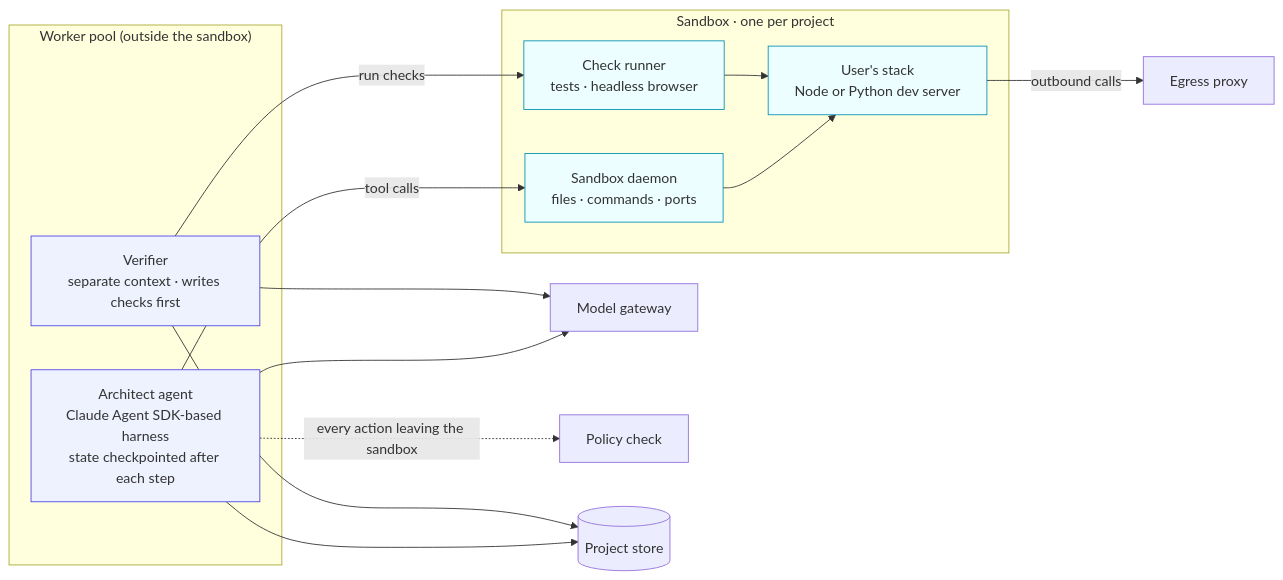
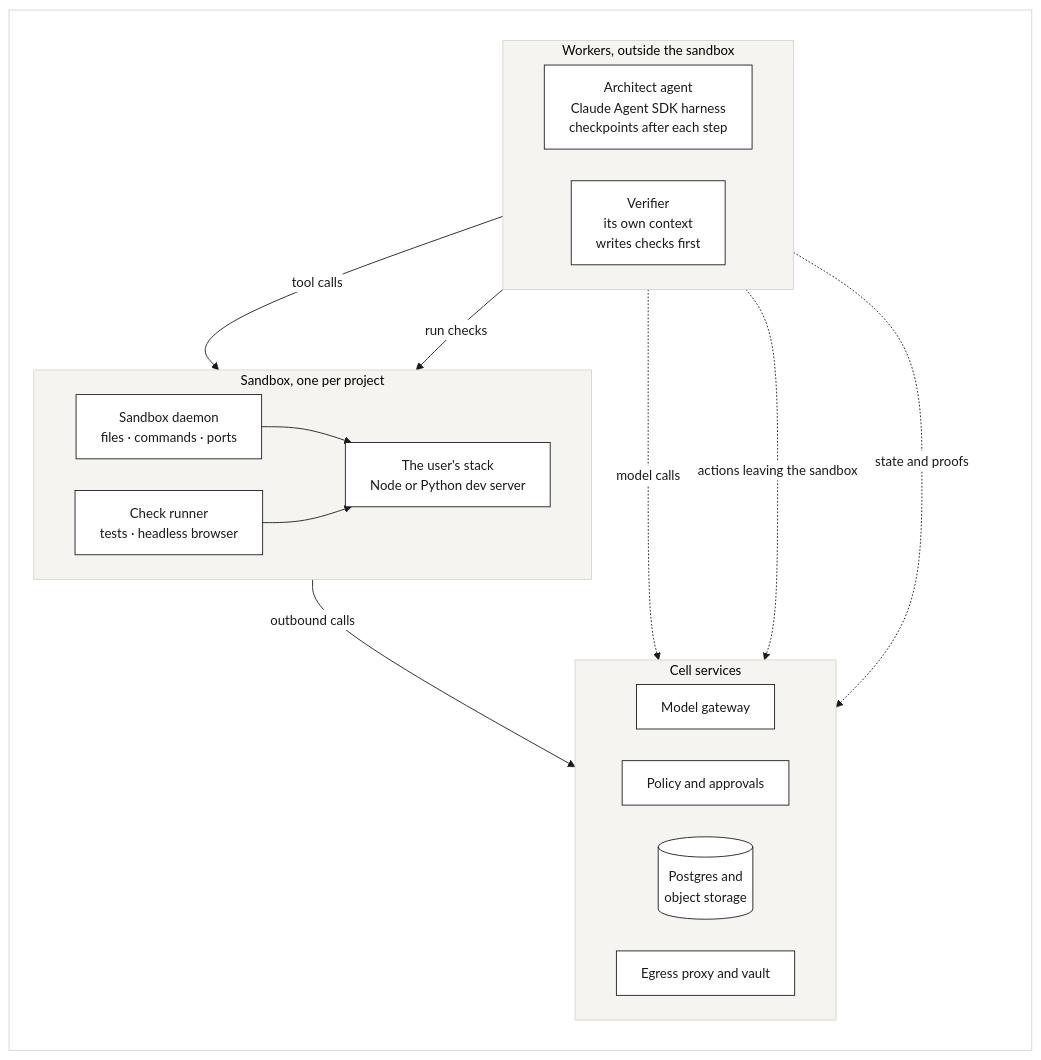
Before and after one commit to netanyaj/architect-2: the diagram in docs/product/diagrams/src/A3-run-loop.mmd, drawn with Mermaid. The commit also changed 64 other files, not shown here.

```diff
--- a/docs/product/diagrams/src/A3-run-loop.mmd
+++ b/docs/product/diagrams/src/A3-run-loop.mmd
@@ -1,27 +1,33 @@
-flowchart LR
-  subgraph W["Worker pool (outside the sandbox)"]
-    AA["Architect agent<br/>Claude Agent SDK-based harness<br/>state checkpointed after each step"]
-    VF["Verifier<br/>separate context · writes checks first"]
+%%{init: {"theme":"base","themeVariables":{"fontFamily":"Arial","fontSize":"15px","primaryColor":"#FFFFFF","primaryBorderColor":"#1A1A19","primaryTextColor":"#1A1A19","lineColor":"#1A1A19","secondaryColor":"#FFFFFF","tertiaryColor":"#FFFFFF","clusterBkg":"#F5F4F0","clusterBorder":"#D6D4CC","edgeLabelBackground":"#FFFFFF","actorBkg":"#FFFFFF","actorBorder":"#1A1A19","actorTextColor":"#1A1A19","actorLineColor":"#A8A69F","signalColor":"#1A1A19","signalTextColor":"#1A1A19","noteBkgColor":"#F5F4F0","noteBorderColor":"#D6D4CC","noteTextColor":"#42413D","labelBoxBkgColor":"#FFFFFF","labelBoxBorderColor":"#1A1A19","labelTextColor":"#1A1A19","loopTextColor":"#1A1A19","activationBkgColor":"#F5F4F0","activationBorderColor":"#1A1A19","sequenceNumberColor":"#FFFFFF"},"flowchart":{"curve":"basis","padding":14,"nodeSpacing":36,"rankSpacing":44}}}%%
+flowchart TB
+  %% A white card, so ink lines read on GitHub's dark theme too
+  subgraph CARD[" "]
+    direction TB
+    subgraph W["Workers, outside the sandbox"]
+      direction LR
+      AA["Architect agent<br/>Claude Agent SDK harness<br/>checkpoints after each step"]
+      VF["Verifier<br/>its own context<br/>writes checks first"]
+    end
+    subgraph S["Sandbox, one per project"]
+      direction LR
+      D["Sandbox daemon<br/>files · commands · ports"]
+      T["Check runner<br/>tests · headless browser"]
+      APP["The user's stack<br/>Node or Python dev server"]
+    end
+    AA -- "tool calls" --> D
+    VF -- "run checks" --> T
+    D --> APP
+    T --> APP
+    subgraph C["Cell services"]
+      direction LR
+      MG["Model gateway"]
+      PA["Policy and approvals"]
+      ST[("Postgres and<br/>object storage")]
+      EG["Egress proxy and vault"]
+    end
+    APP -- "outbound calls" --> EG
+    W -. "model calls" .-> MG
+    W -. "actions leaving the sandbox" .-> PA
+    W -. "state and proofs" .-> ST
   end
-  subgraph S["Sandbox · one per project"]
-    D["Sandbox daemon<br/>files · commands · ports"]
-    APP["User's stack<br/>Node or Python dev server"]
-    T["Check runner<br/>tests · headless browser"]
-  end
-  MG["Model gateway"]
-  PL["Policy check"]
-  PSX[("Project store")]
-  EG["Egress proxy"]
-  AA -- tool calls --> D
-  VF -- run checks --> T
-  D --> APP
-  AA --> MG
-  VF --> MG
-  AA -. every action leaving the sandbox .-> PL
-  AA --> PSX
-  VF --> PSX
-  APP -- outbound calls --> EG
-  T --> APP
-  classDef w fill:#EEF2FF,stroke:#4F46E5;
-  classDef s fill:#ECFEFF,stroke:#0891B2;
-  class AA,VF w; class D,APP,T s;
+  style CARD fill:#FFFFFF,stroke:#D6D4CC
```
